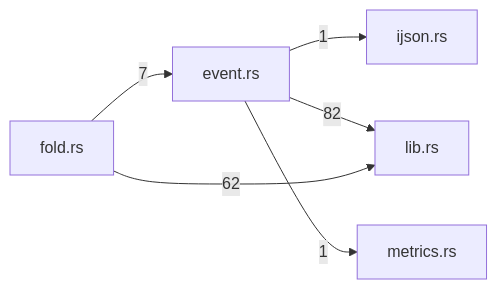
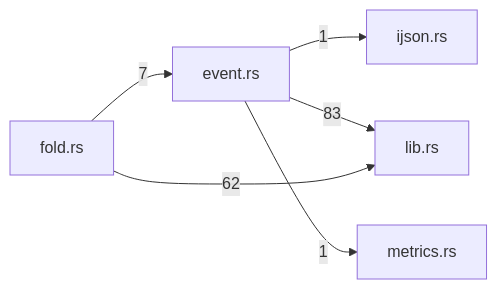
The diagram in crates/schema/docs/generated/index.md (TekesApps/TekesKernel), drawn with Mermaid before and after one commit. The commit also changed other lines of this file and 77 other files, not shown here.

````diff
--- a/crates/schema/docs/generated/index.md
+++ b/crates/schema/docs/generated/index.md
@@ -54,13 +54,13 @@
 ```mermaid
 flowchart LR
   m0["event.rs"]
   m1["fold.rs"]
   m2["ijson.rs"]
   m3["lib.rs"]
   m4["metrics.rs"]
   m0 -->|"1"| m2
-  m0 -->|"82"| m3
+  m0 -->|"83"| m3
   m0 -->|"1"| m4
   m1 -->|"7"| m0
   m1 -->|"62"| m3
 ```
````
